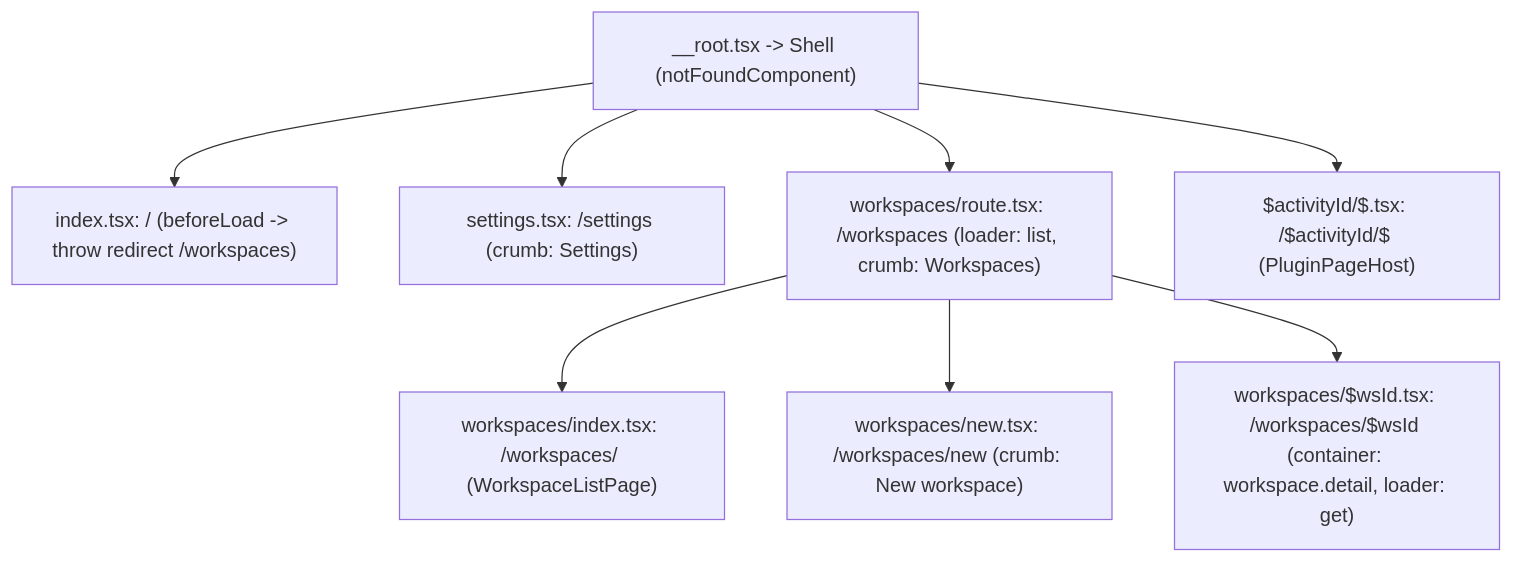
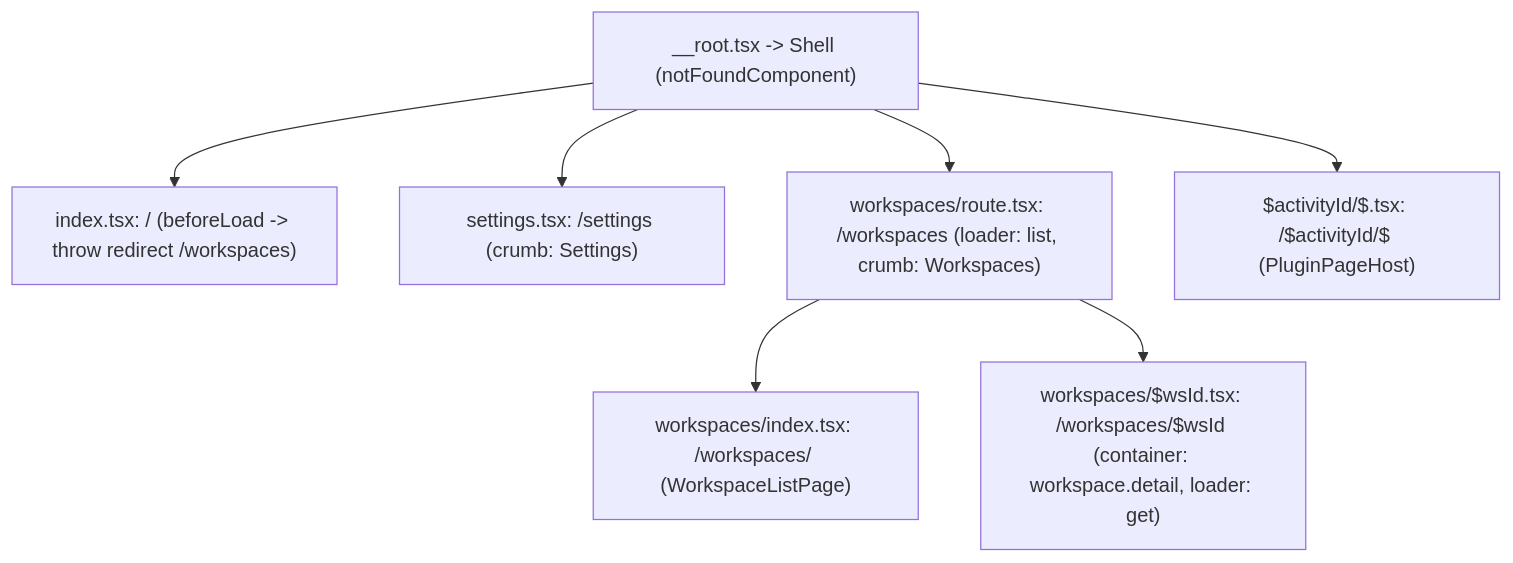
The third of 12 diagrams in docs/DESIGN.md (ppongtong/ide-shell), drawn with Mermaid before and after one commit. The commit also changed other lines of this file and 42 other files, not shown here.

````diff
--- a/docs/DESIGN.md
+++ b/docs/DESIGN.md
@@ -139,12 +134,11 @@
 ```mermaid
 flowchart TD
     Root["__root.tsx -> Shell (notFoundComponent)"]
     Root --> Index["index.tsx: / (beforeLoad -> throw redirect /workspaces)"]
     Root --> Settings["settings.tsx: /settings (crumb: Settings)"]
     Root --> WsLayout["workspaces/route.tsx: /workspaces (loader: list, crumb: Workspaces)"]
     Root --> CatchAll["$activityId/$.tsx: /$activityId/$ (PluginPageHost)"]
 
     WsLayout --> WsIndex["workspaces/index.tsx: /workspaces/ (WorkspaceListPage)"]
-    WsLayout --> WsNew["workspaces/new.tsx: /workspaces/new (crumb: New workspace)"]
     WsLayout --> WsDetail["workspaces/$wsId.tsx: /workspaces/$wsId (container: workspace.detail, loader: get)"]
 ```
````
